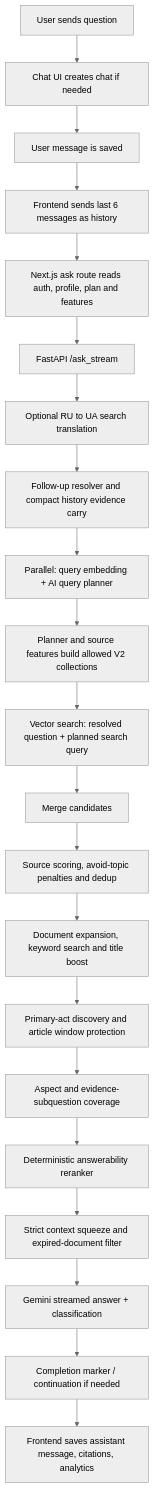
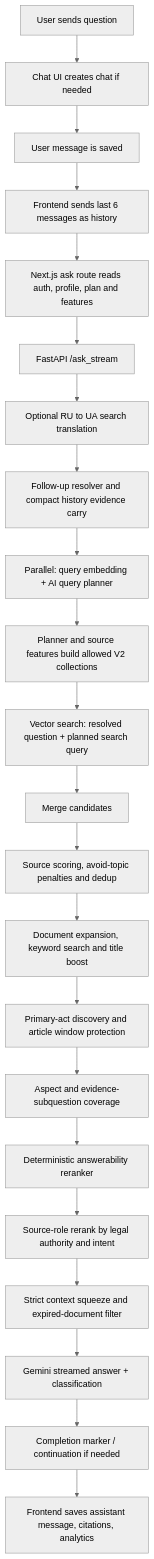
The diagram in CHATBOT_FLOW.md (cait-deployer/legal_ai_assistant), drawn with Mermaid (neutral theme) before and after one commit. The commit also changed other lines of this file and 9 other files, not shown here.

````diff
--- a/CHATBOT_FLOW.md
+++ b/CHATBOT_FLOW.md
@@ -9,23 +9,24 @@
 ```mermaid
 flowchart TD
     A[User sends question] --> B[Chat UI creates chat if needed]
     B --> C[User message is saved]
     C --> D[Frontend sends last 6 messages as history]
     D --> E[Next.js ask route reads auth, profile, plan and features]
     E --> F[FastAPI /ask_stream]
     F --> G[Optional RU to UA search translation]
     G --> H[Follow-up resolver and compact history evidence carry]
     H --> I[Parallel: query embedding + AI query planner]
     I --> J[Planner and source features build allowed V2 collections]
     J --> K[Vector search: resolved question + planned search query]
     K --> L[Merge candidates]
     L --> M[Source scoring, avoid-topic penalties and dedup]
     M --> N[Document expansion, keyword search and title boost]
     N --> O[Primary-act discovery and article window protection]
     O --> P[Aspect and evidence-subquestion coverage]
     P --> Q[Deterministic answerability reranker]
-    Q --> R[Strict context squeeze and expired-document filter]
-    R --> S[Gemini streamed answer + classification]
-    S --> T[Completion marker / continuation if needed]
-    T --> U[Frontend saves assistant message, citations, analytics]
+    Q --> R[Source-role rerank by legal authority and intent]
+    R --> S[Strict context squeeze and expired-document filter]
+    S --> T[Gemini streamed answer + classification]
+    T --> U[Completion marker / continuation if needed]
+    U --> V[Frontend saves assistant message, citations, analytics]
 ```
````
